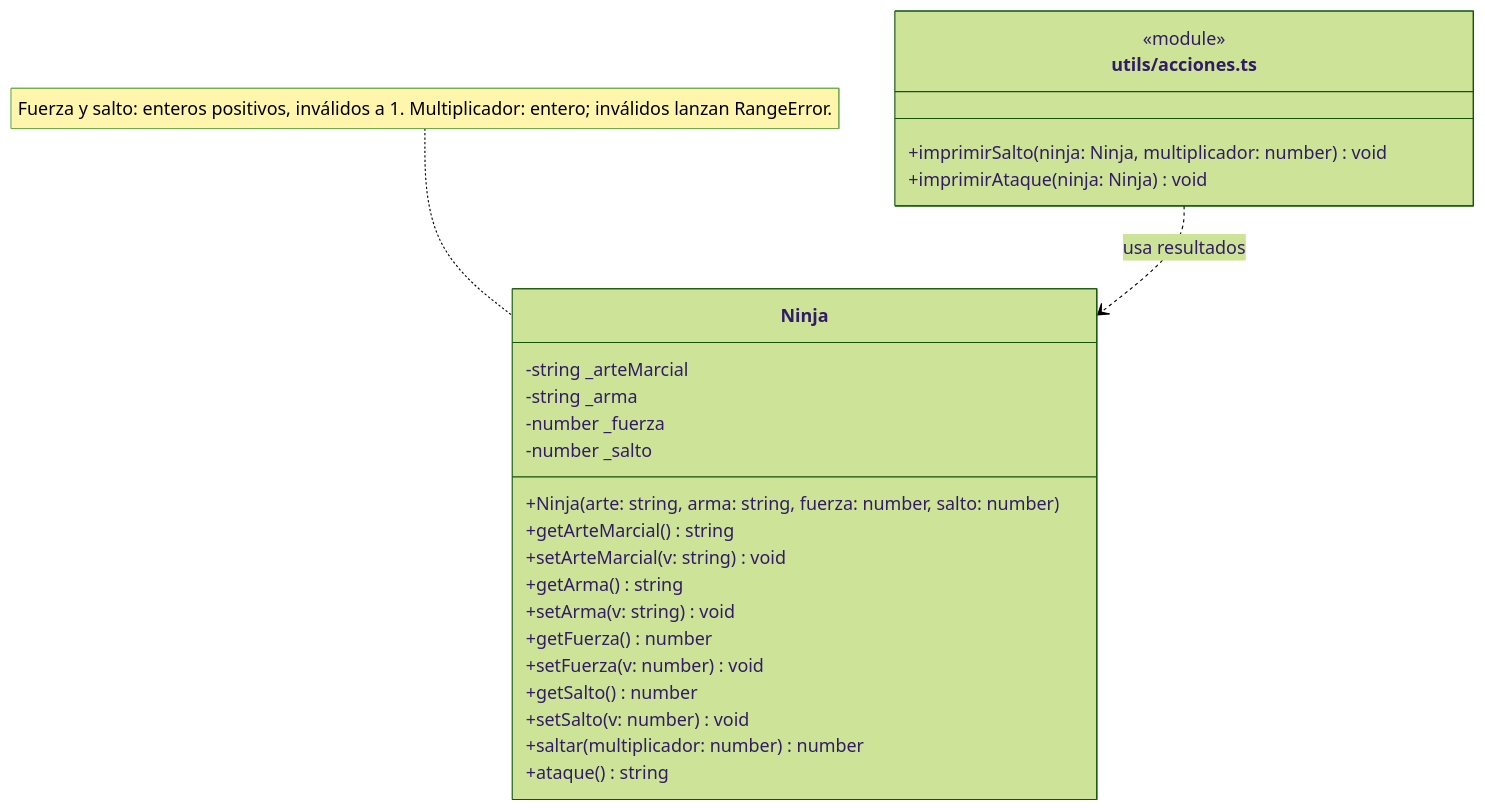
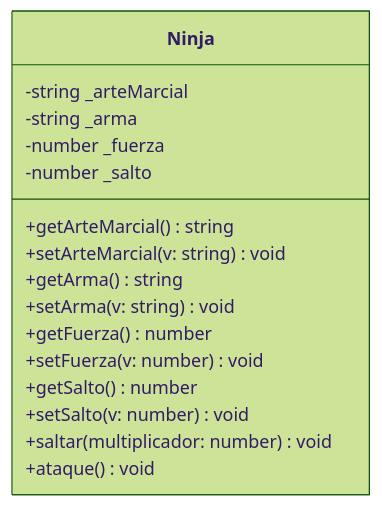
The diagram in ejercicios/01EJ07/01EJ07_ANALISIS.md (gastonjavierricchiardi/ejercicios-typescript-utn-2025), drawn with Mermaid (forest theme) before and after one commit. The commit also changed other lines of this file and 35 other files, not shown here.

````diff
--- a/ejercicios/01EJ07/01EJ07_ANALISIS.md
+++ b/ejercicios/01EJ07/01EJ07_ANALISIS.md
@@ -62,27 +47,19 @@
 ```mermaid
 classDiagram
     class Ninja {
         -string _arteMarcial
         -string _arma
         -number _fuerza
         -number _salto
-        +Ninja(arte: string, arma: string, fuerza: number, salto: number)
         +getArteMarcial() string
         +setArteMarcial(v: string) void
         +getArma() string
         +setArma(v: string) void
         +getFuerza() number
         +setFuerza(v: number) void
         +getSalto() number
         +setSalto(v: number) void
-        +saltar(multiplicador: number) number
-        +ataque() string
+        +saltar(multiplicador: number) void
+        +ataque() void
     }
-    class acciones["utils/acciones.ts"] {
-        <<module>>
-        +imprimirSalto(ninja: Ninja, multiplicador: number) void
-        +imprimirAtaque(ninja: Ninja) void
-    }
-    acciones ..> Ninja : usa resultados
-    note for Ninja "Fuerza y salto: enteros positivos, inválidos a 1. Multiplicador: entero; inválidos lanzan RangeError."
 ```
````
